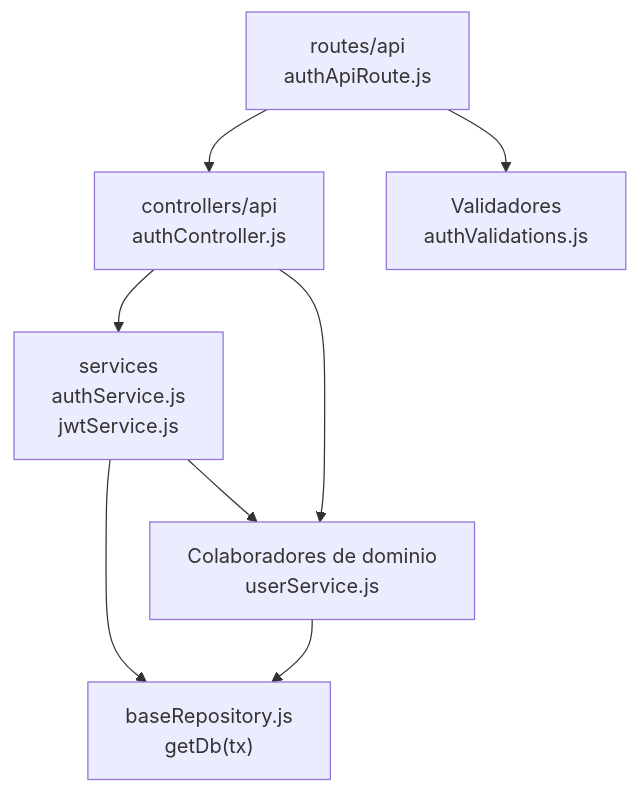
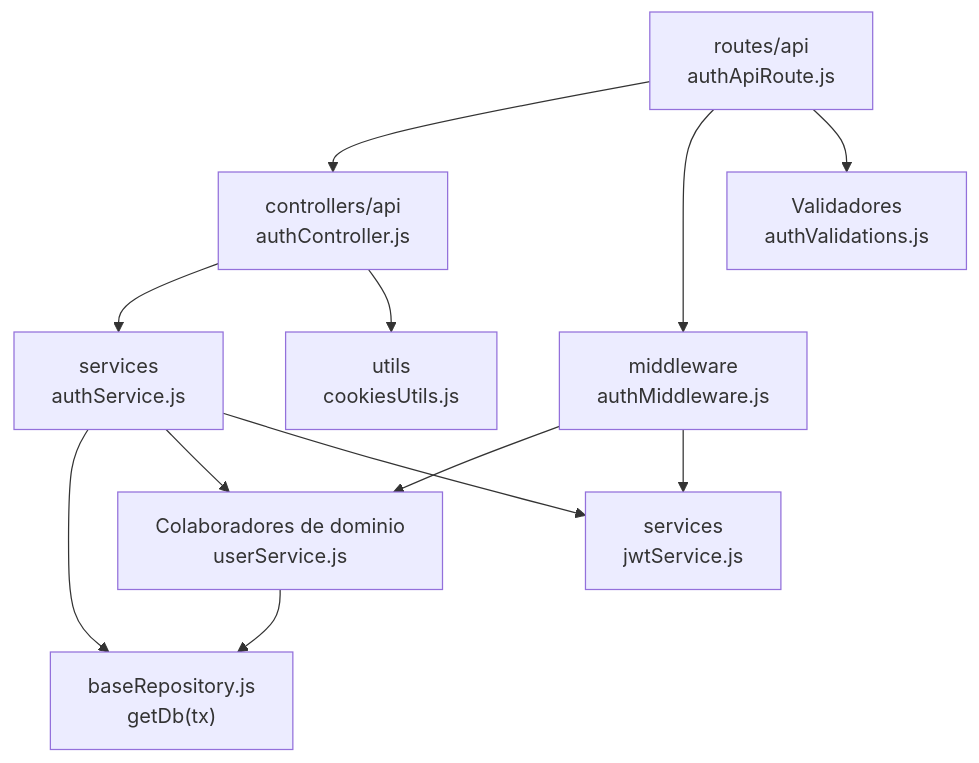
The diagram in docs/architecture/views/development/backend-technical-documentation/04-authentication-code.md (gpgsistemas01/nexus), drawn with Mermaid before and after one commit. The commit also changed other lines of this file and 14 other files, not shown here.

````diff
--- a/docs/architecture/views/development/backend-technical-documentation/04-authentication-code.md
+++ b/docs/architecture/views/development/backend-technical-documentation/04-authentication-code.md
@@ -7,16 +7,23 @@
 ```mermaid
 flowchart TB
     R["routes/api<br/>authApiRoute.js"]
     C["controllers/api<br/>authController.js"]
-    S["services<br/>authService.js<br/>jwtService.js"]
+    M["middleware<br/>authMiddleware.js"]
+    S["services<br/>authService.js"]
+    J["services<br/>jwtService.js"]
     X["Colaboradores de dominio<br/>userService.js"]
+    K["utils<br/>cookiesUtils.js"]
     V["Validadores<br/>authValidations.js"]
     P["baseRepository.js<br/>getDb(tx)"]
     C --> S
-    C --> X
+    C --> K
     R --> C
+    R --> M
     R --> V
+    M --> X
+    M --> J
     S --> P
     S --> X
+    S --> J
     X --> P
 ```
````
